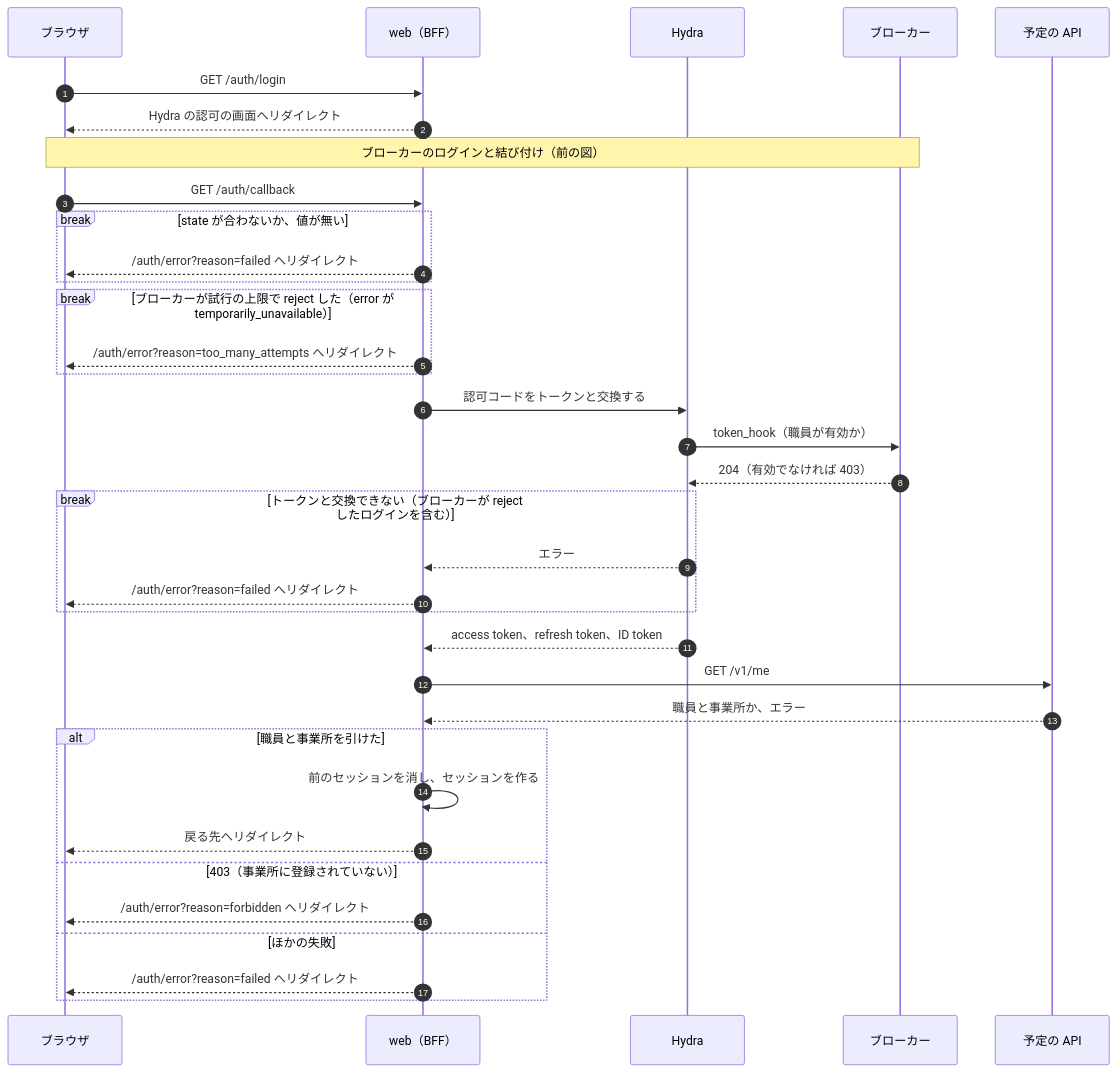
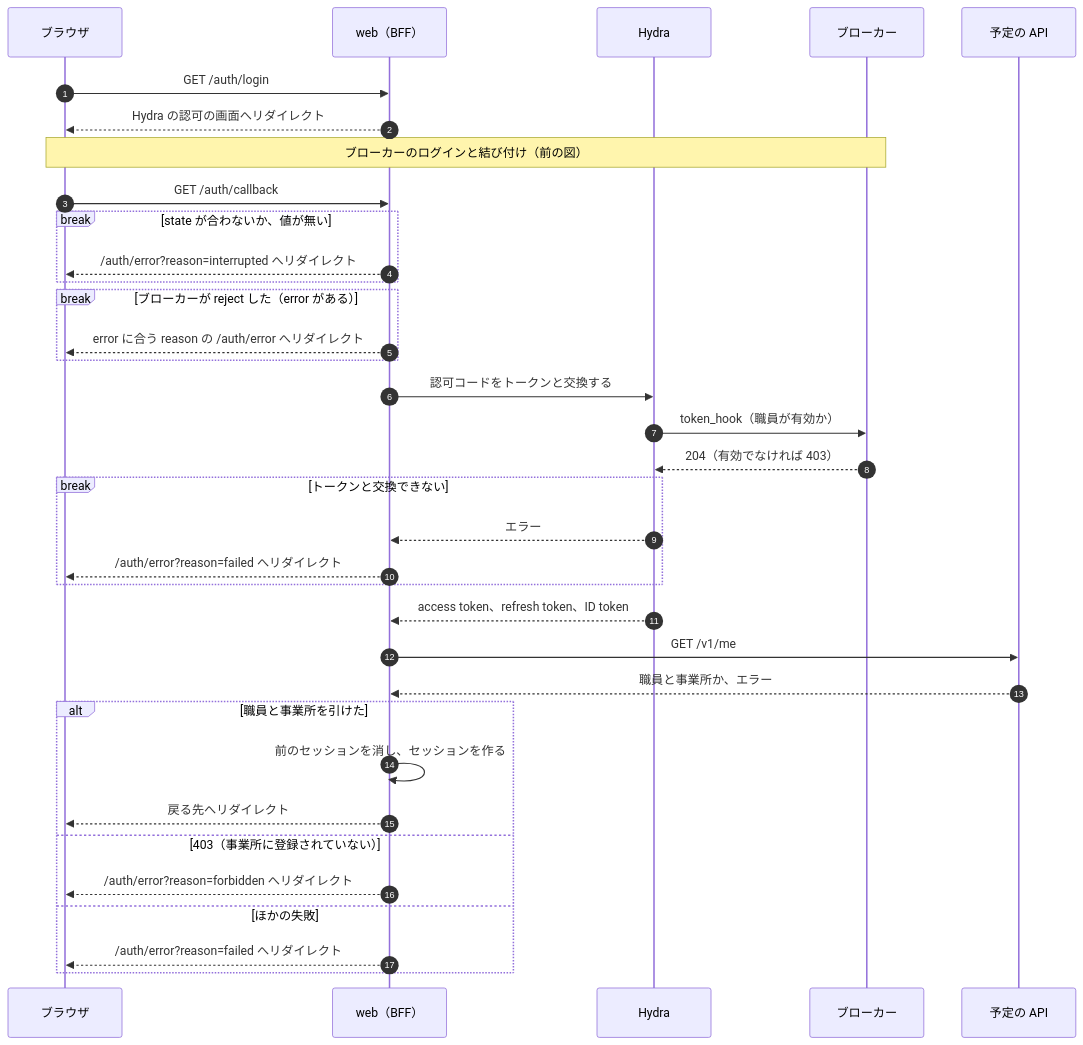
One commit to Fukuemon/buddy changed the fifth of 9 diagrams in services/broker/DesignDoc.md. Above: the diagram before and after it, drawn with Mermaid. The commit also changed other lines of this file and 15 other files, not shown here.

````diff
--- a/services/broker/DesignDoc.md
+++ b/services/broker/DesignDoc.md
@@ -198,37 +198,37 @@
 ```mermaid
 sequenceDiagram
   autonumber
   participant B as ブラウザ
   participant W as web（BFF）
   participant H as Hydra
   participant K as ブローカー
   participant A as 予定の API
   B->>W: GET /auth/login
   W-->>B: Hydra の認可の画面へリダイレクト
   Note over B,K: ブローカーのログインと結び付け（前の図）
   B->>W: GET /auth/callback
   break state が合わないか、値が無い
-    W-->>B: /auth/error?reason=failed へリダイレクト
+    W-->>B: /auth/error?reason=interrupted へリダイレクト
   end
-  break ブローカーが試行の上限で reject した（error が temporarily_unavailable）
-    W-->>B: /auth/error?reason=too_many_attempts へリダイレクト
+  break ブローカーが reject した（error がある）
+    W-->>B: error に合う reason の /auth/error へリダイレクト
   end
   W->>H: 認可コードをトークンと交換する
   H->>K: token_hook（職員が有効か）
   K-->>H: 204（有効でなければ 403）
-  break トークンと交換できない（ブローカーが reject したログインを含む）
+  break トークンと交換できない
     H-->>W: エラー
     W-->>B: /auth/error?reason=failed へリダイレクト
   end
   H-->>W: access token、refresh token、ID token
   W->>A: GET /v1/me
   A-->>W: 職員と事業所か、エラー
   alt 職員と事業所を引けた
     W->>W: 前のセッションを消し、セッションを作る
     W-->>B: 戻る先へリダイレクト
   else 403（事業所に登録されていない）
     W-->>B: /auth/error?reason=forbidden へリダイレクト
   else ほかの失敗
     W-->>B: /auth/error?reason=failed へリダイレクト
   end
 ```
````
